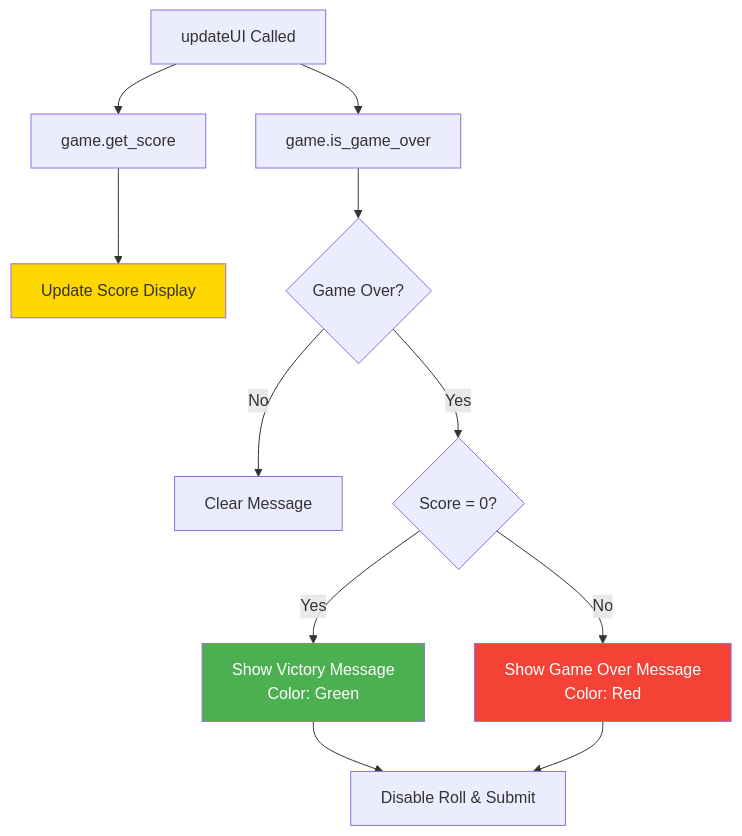
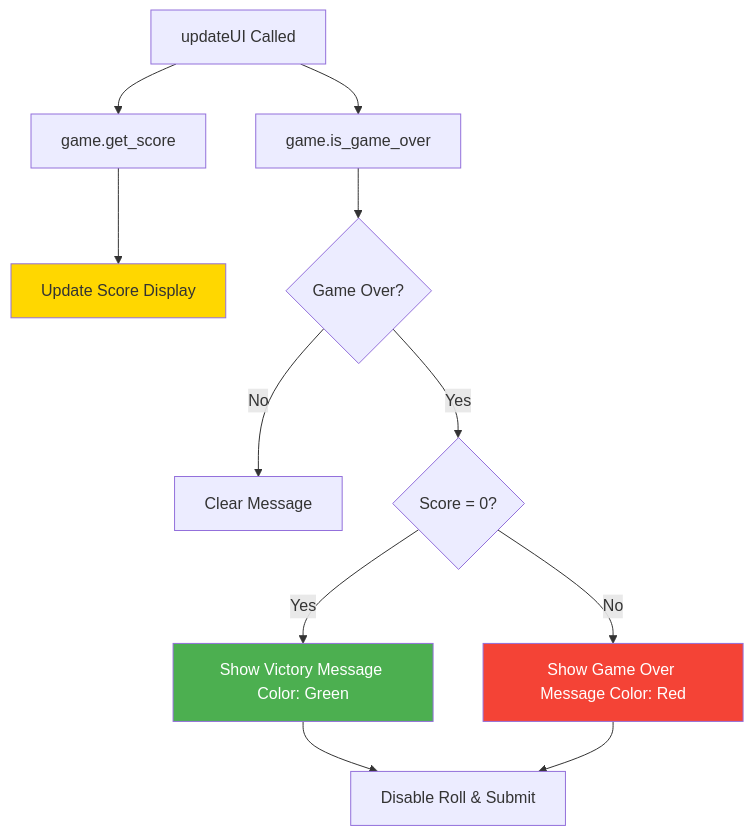
One commit to softwarewrighter/shut_the_box changed diagram 13 of 15 in wiki/Frontend-3D.md. Above: the diagram before and after it, drawn with Mermaid. The commit also changed other lines of this file and 5 other files, not shown here.

````diff
--- a/wiki/Frontend-3D.md
+++ b/wiki/Frontend-3D.md
@@ -432,21 +432,21 @@
 ```mermaid
 flowchart TD
     UPDATE[updateUI Called] --> QUERY_SCORE[game.get_score]
     UPDATE --> QUERY_OVER[game.is_game_over]
 
     QUERY_SCORE --> DISPLAY_SCORE[Update Score Display]
     QUERY_OVER --> CHECK{Game Over?}
 
     CHECK -->|No| CLEAR[Clear Message]
     CHECK -->|Yes| CHECK_SCORE{Score = 0?}
 
-    CHECK_SCORE -->|Yes| WIN[Show Victory Message<br/>Color: Green]
-    CHECK_SCORE -->|No| LOSE[Show Game Over Message<br/>Color: Red]
+    CHECK_SCORE -->|Yes| WIN[Show Victory Message Color: Green]
+    CHECK_SCORE -->|No| LOSE[Show Game Over Message Color: Red]
 
     WIN --> DISABLE[Disable Roll & Submit]
     LOSE --> DISABLE
 
     style WIN fill:#4CAF50,color:#fff
     style LOSE fill:#f44336,color:#fff
     style DISPLAY_SCORE fill:#ffd700
 ```
````
